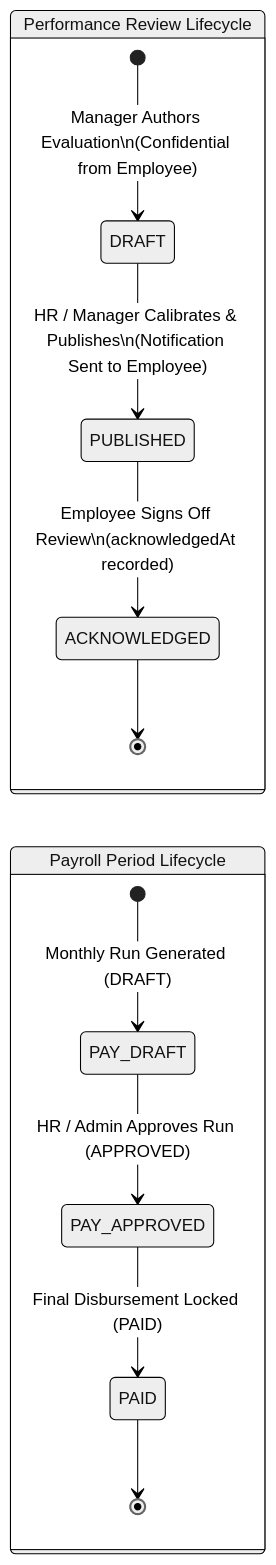
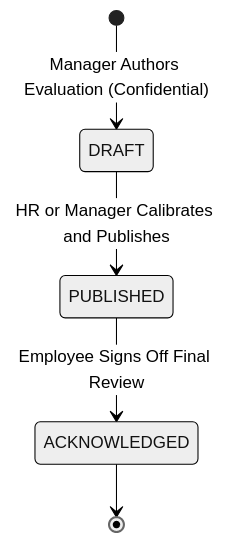
Diagram 13 of 16 in README.md (IbrahimAbdelsattar/employee-management-system), drawn with Mermaid (neutral theme) before and after one commit. The commit also changed other lines of this file and 1 other file, not shown here.

First line of the commit message:
docs: clean up UML diagram and README documentation

````diff
--- a/README.md
+++ b/README.md
@@ -875,17 +851,7 @@
 ```mermaid
 stateDiagram-v2
-    direction LR
-    state "Performance Review Lifecycle" as Perf {
-        [*] --> DRAFT : Manager Authors Evaluation\n(Confidential from Employee)
-        DRAFT --> PUBLISHED : HR / Manager Calibrates & Publishes\n(Notification Sent to Employee)
-        PUBLISHED --> ACKNOWLEDGED : Employee Signs Off Review\n(acknowledgedAt recorded)
-        ACKNOWLEDGED --> [*]
-    }
-
-    state "Payroll Period Lifecycle" as Pay {
-        [*] --> PAY_DRAFT : Monthly Run Generated (DRAFT)
-        PAY_DRAFT --> PAY_APPROVED : HR / Admin Approves Run (APPROVED)
-        PAY_APPROVED --> PAID : Final Disbursement Locked (PAID)
-        PAID --> [*]
-    }
+    [*] --> DRAFT : Manager Authors Evaluation (Confidential)
+    DRAFT --> PUBLISHED : HR or Manager Calibrates and Publishes
+    PUBLISHED --> ACKNOWLEDGED : Employee Signs Off Final Review
+    ACKNOWLEDGED --> [*]
 ```
````
